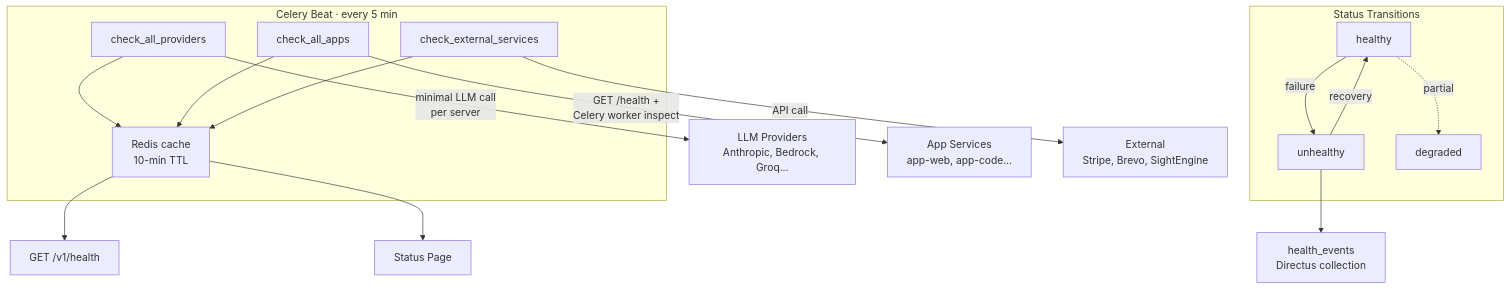
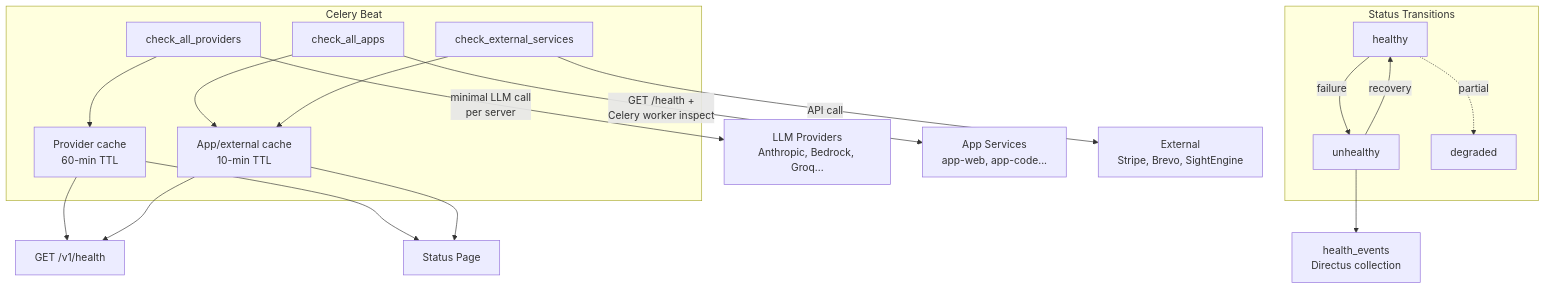
The diagram in docs/architecture/infrastructure/health-checks.md (glowingkitty/OpenMates), drawn with Mermaid before and after one commit. The commit also changed other lines of this file and 3050 other files, not shown here.

````diff
--- a/docs/architecture/infrastructure/health-checks.md
+++ b/docs/architecture/infrastructure/health-checks.md
@@ -54,23 +54,25 @@
 ```mermaid
 graph TB
-    subgraph "Celery Beat · every 5 min"
-        A["check_all_providers"] --> D["Redis cache<br/>10-min TTL"]
-        B["check_all_apps"] --> D
-        C["check_external_services"] --> D
+    subgraph "Celery Beat"
+        A["check_all_providers"] --> D1["Provider cache<br/>60-min TTL"]
+        B["check_all_apps"] --> D2["App/external cache<br/>10-min TTL"]
+        C["check_external_services"] --> D2
     end
 
     A -->|"minimal LLM call<br/>per server"| P["LLM Providers<br/>Anthropic, Bedrock, Groq..."]
     B -->|"GET /health +<br/>Celery worker inspect"| Q["App Services<br/>app-web, app-code..."]
     C -->|"API call"| R["External<br/>Stripe, Brevo, SightEngine"]
 
-    D --> E["GET /v1/health"]
-    D --> F["Status Page"]
+    D1 --> E["GET /v1/health"]
+    D2 --> E
+    D1 --> F["Status Page"]
+    D2 --> F
 
     subgraph "Status Transitions"
         G["healthy"] -->|failure| H["unhealthy"]
         H -->|recovery| G
         G -.->|partial| I["degraded"]
     end
 
     H --> J["health_events<br/>Directus collection"]
 ```
````
